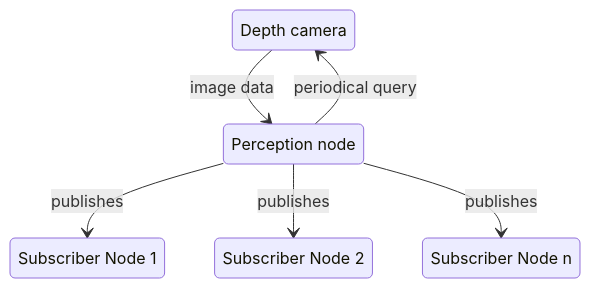
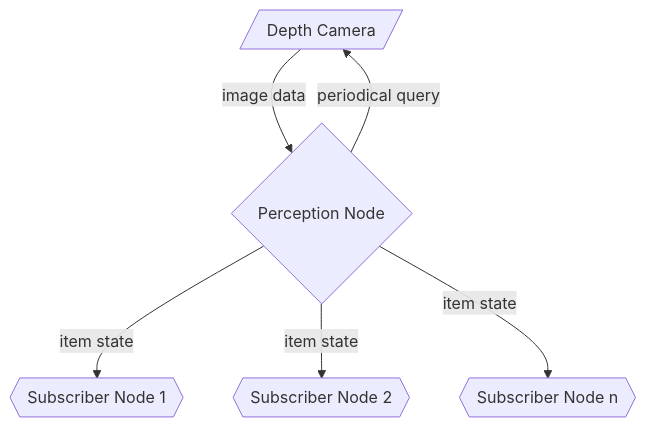
Before and after one commit to kanbanyte/sepa: the diagram in assessments/sadrr.md, drawn with Mermaid. The commit also changed other lines of this file, not shown here.

Commit message:
Update High level arch and design (SADRR) - fixed diagram per https://github.com/kanbanyte/sepa/pull/307#discussion_r1177211821 - added details to the intro section

````diff
--- a/assessments/sadrr.md
+++ b/assessments/sadrr.md
@@ -100,17 +104,15 @@
 ```mermaid
-stateDiagram-v2
-	direction TB
-	state "Depth camera" as Camera
-	state "Perception node" as PerceptionNode
-	state "Subscriber Node 1" as Subscriber1
-	state "Subscriber Node 2" as Subscriber2
-	state "Subscriber Node n" as OtherSubscribers
+flowchart TD
+	Camera[/Depth Camera/]
+	Perception{Perception Node}
+	Sub1{{Subscriber Node 1}}
+	Sub2{{Subscriber Node 2}}
+	SubN{{Subscriber Node n}}
 
+	Camera -->|image data| Perception
+	Perception -->|periodical query| Camera
+	Perception -->|item state| Sub1
+	Perception -->|item state| Sub2
+	Perception -->|item state| SubN
 
-	PerceptionNode --> Camera: periodical query
-	Camera --> PerceptionNode: image data
-
-	PerceptionNode --> Subscriber1: publishes
-	PerceptionNode --> Subscriber2: publishes
-	PerceptionNode --> OtherSubscribers: publishes
 ```
````
